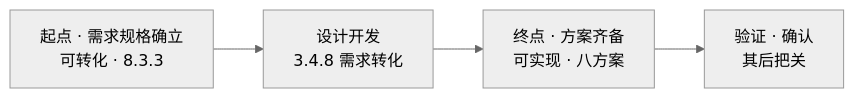
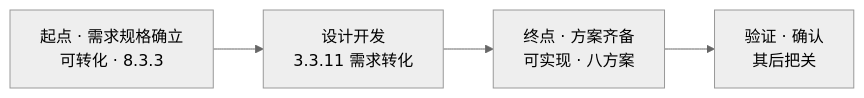
One commit to Yongjunzhou/AOS-system-design changed the seventh of 17 diagrams in 100-subprojects/01-系统工程研究/00-系统工程相关研究报告/01-设计开发概念研究报告-从需求到质量基座.md. Above: the diagram before and after it, drawn with Mermaid (neutral theme). The commit also changed other lines of this file and 38 other files, not shown here.

````diff
--- a/100-subprojects/01-系统工程研究/00-系统工程相关研究报告/01-设计开发概念研究报告-从需求到质量基座.md
+++ b/100-subprojects/01-系统工程研究/00-系统工程相关研究报告/01-设计开发概念研究报告-从需求到质量基座.md
@@ -350,6 +365,6 @@
 ```mermaid
 flowchart LR
-    A["起点 · 需求规格确立<br/>可转化 · 8.3.3"] --> B["设计开发<br/>3.4.8 需求转化"]
+    A["起点 · 需求规格确立<br/>可转化 · 8.3.3"] --> B["设计开发<br/>3.3.11 需求转化"]
     B --> C["终点 · 方案齐备<br/>可实现 · 八方案"]
     C --> D["验证 · 确认<br/>其后把关"]
 ```
````
